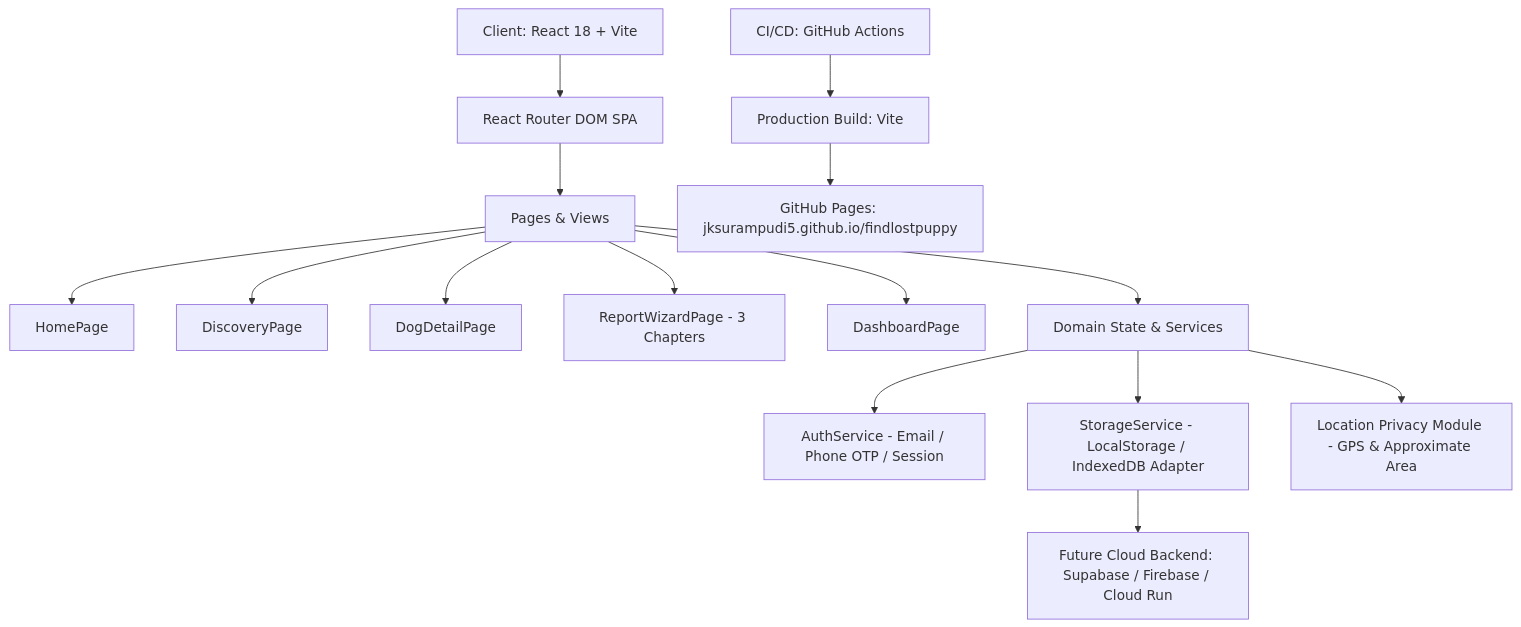
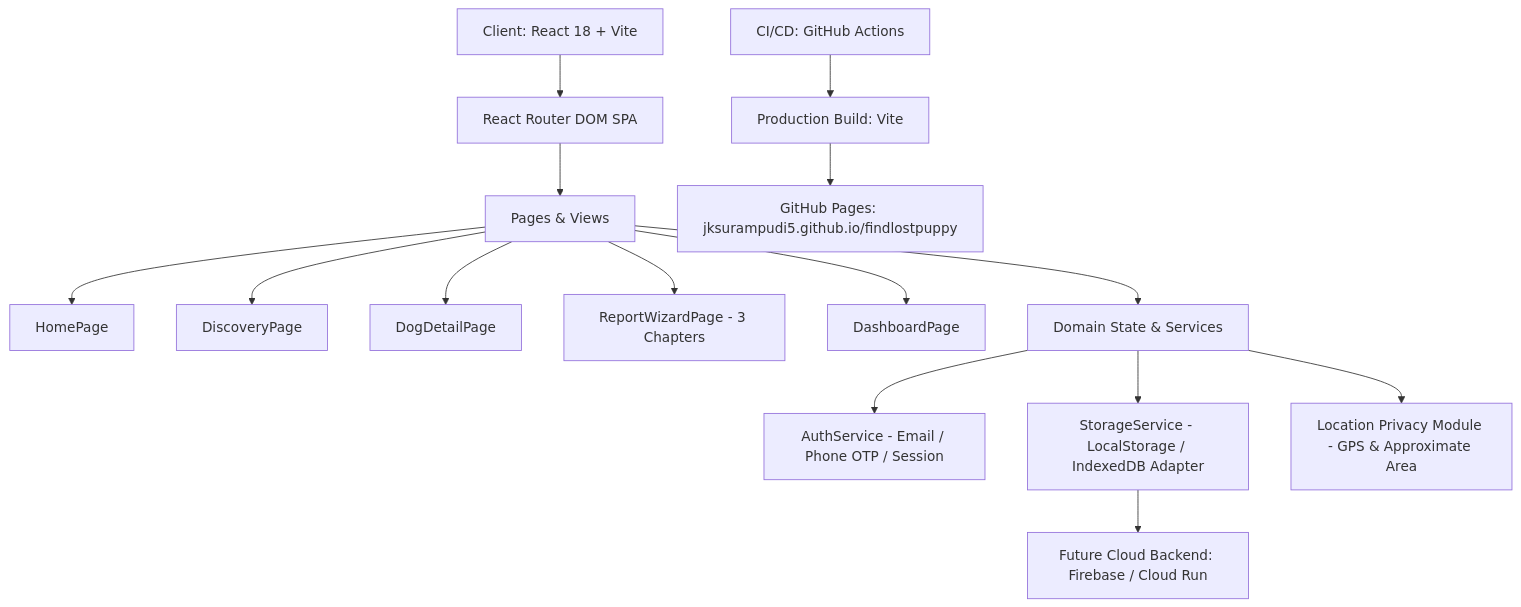
One commit to jksurampudi5/findlostpuppy changed the diagram in docs/architecture.md. Above: the diagram before and after it, drawn with Mermaid. The commit also changed other lines of this file and 26 other files, not shown here.

Commit message:
Migrate backend from Supabase to Firebase

````diff
--- a/docs/architecture.md
+++ b/docs/architecture.md
@@ -7,20 +7,20 @@
 ```mermaid
 graph TD
     A[Client: React 18 + Vite] --> B[React Router DOM SPA]
     B --> C[Pages & Views]
     C --> C1[HomePage]
     C --> C2[DiscoveryPage]
     C --> C3[DogDetailPage]
     C --> C4[ReportWizardPage - 3 Chapters]
     C --> C5[DashboardPage]
     
     C --> D[Domain State & Services]
     D --> D1[AuthService - Email / Phone OTP / Session]
     D --> D2[StorageService - LocalStorage / IndexedDB Adapter]
     D --> D3[Location Privacy Module - GPS & Approximate Area]
     
-    D2 --> E[Future Cloud Backend: Supabase / Firebase / Cloud Run]
+    D2 --> E[Future Cloud Backend: Firebase / Cloud Run]
     
     F[CI/CD: GitHub Actions] --> G[Production Build: Vite]
     G --> H[GitHub Pages: jksurampudi5.github.io/findlostpuppy]
 ```
````
